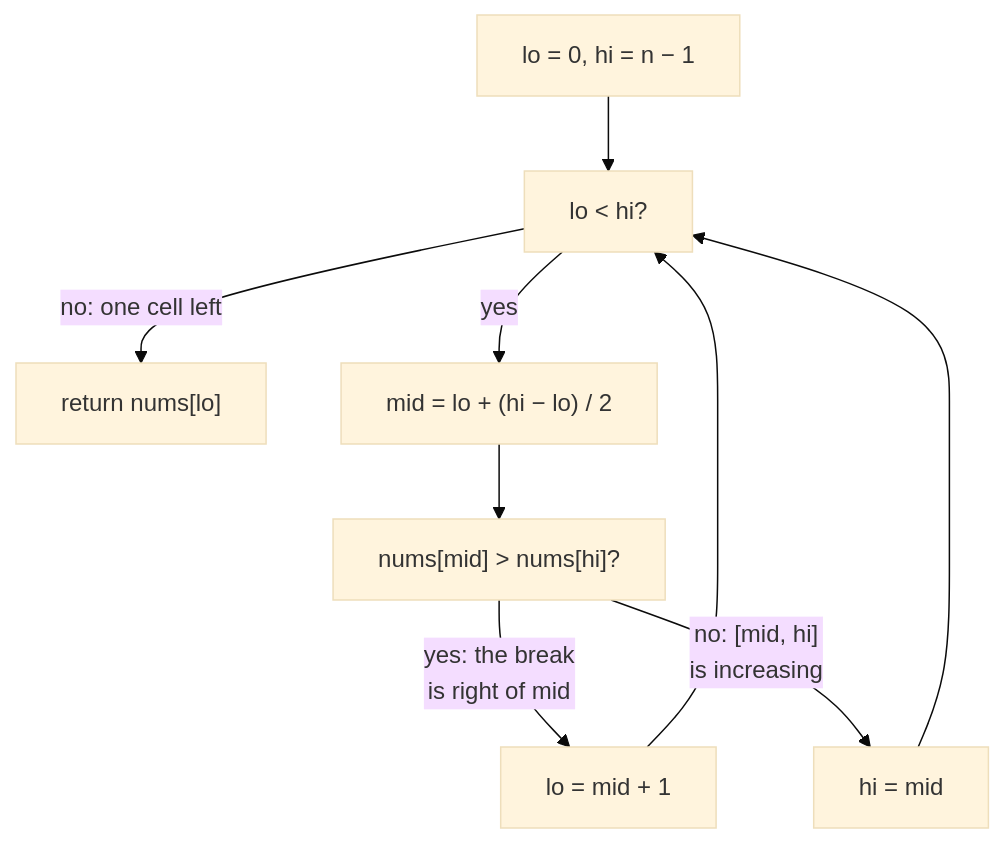
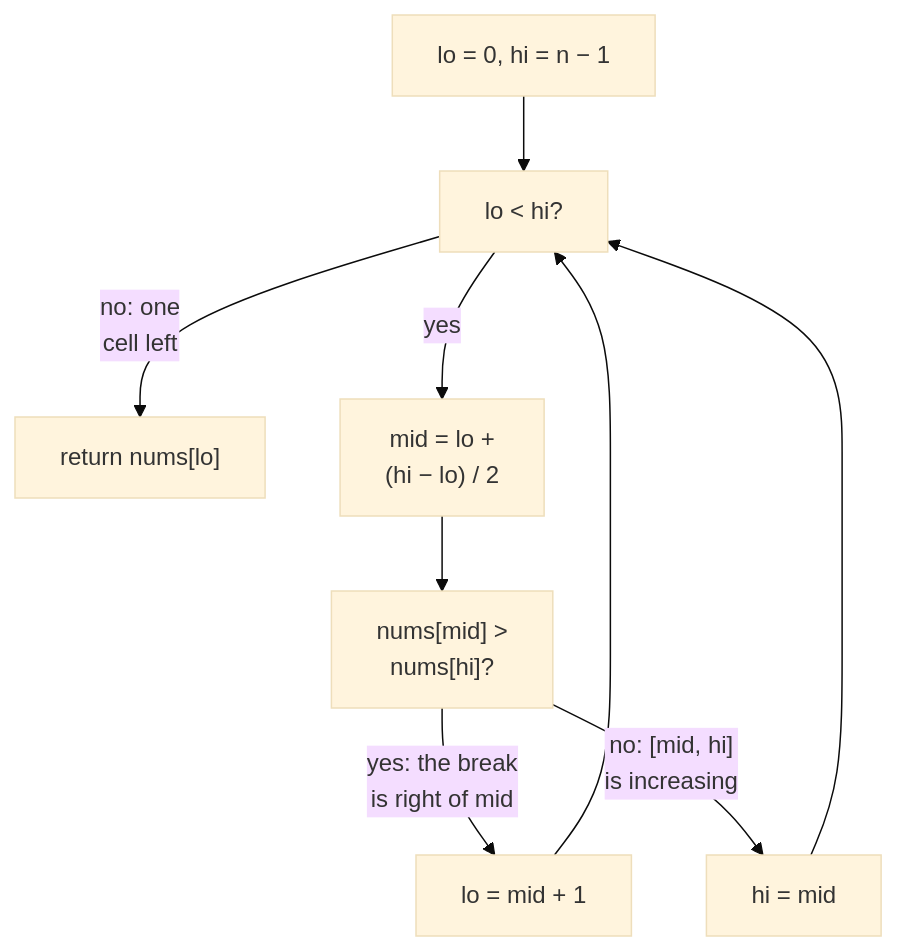
One commit to duongbui234/software-engineering-atlas changed the diagram in content/en/problems/find-minimum-in-rotated-sorted-array.md. Above: the diagram before and after it, drawn with Mermaid (base theme). The commit also changed 134 other files, not shown here.

First line of the commit message:
Fit every Mermaid diagram at 390px without sideways scroll (#56)

````diff
--- a/content/en/problems/find-minimum-in-rotated-sorted-array.md
+++ b/content/en/problems/find-minimum-in-rotated-sorted-array.md
@@ -46,11 +46,11 @@
 ```mermaid
 flowchart TB
   A["lo = 0, hi = n − 1"] --> B["lo < hi?"]
-  B -->|"no: one cell left"| F["return nums[lo]"]
-  B -->|"yes"| C["mid = lo + (hi − lo) / 2"]
-  C --> D["nums[mid] > nums[hi]?"]
+  B -->|"no: one<br/>cell left"| F["return nums[lo]"]
+  B -->|"yes"| C["mid = lo +<br/>(hi − lo) / 2"]
+  C --> D["nums[mid] ><br/>nums[hi]?"]
   D -->|"yes: the break<br/>is right of mid"| E1["lo = mid + 1"]
   D -->|"no: [mid, hi]<br/>is increasing"| E2["hi = mid"]
   E1 --> B
   E2 --> B
 ```
````
